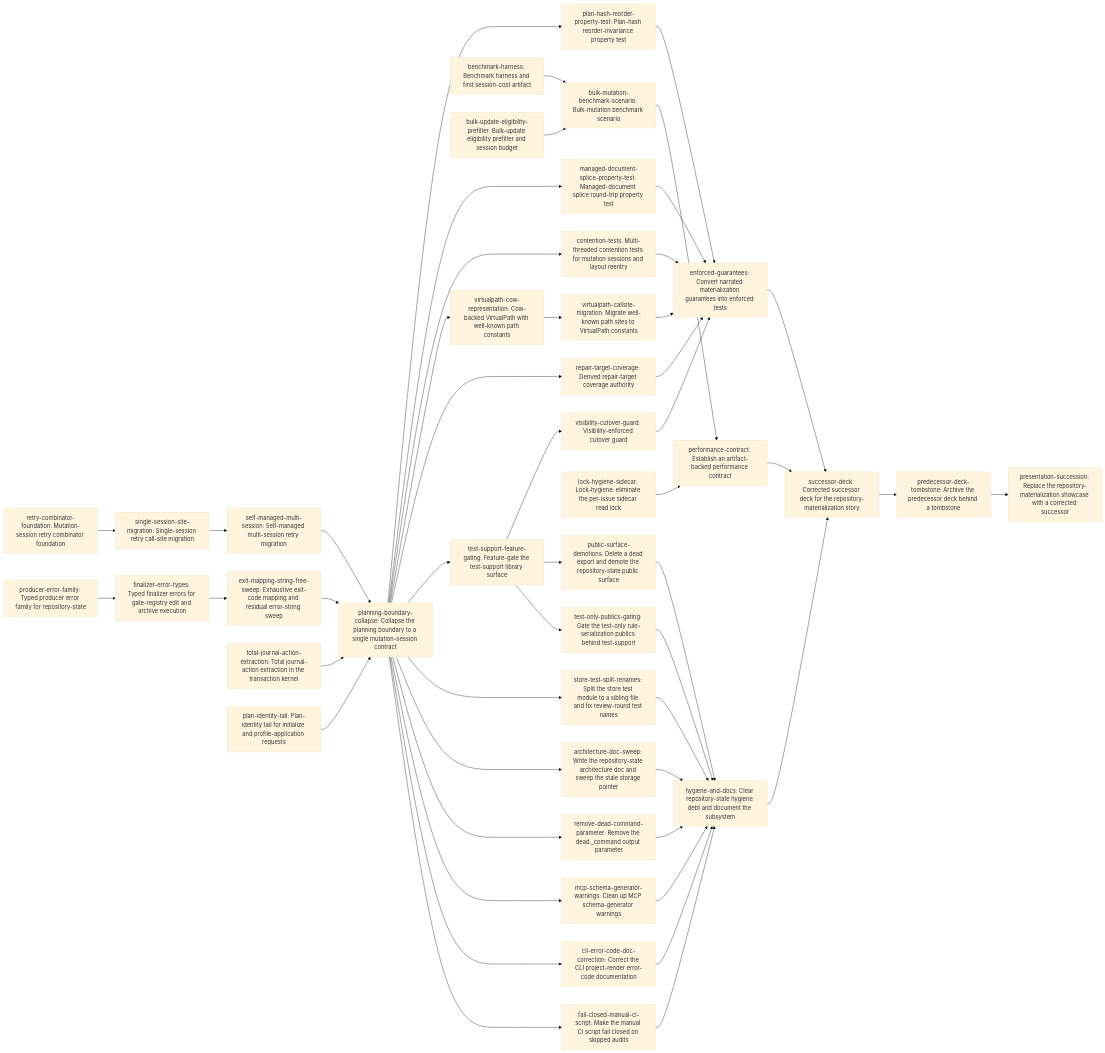
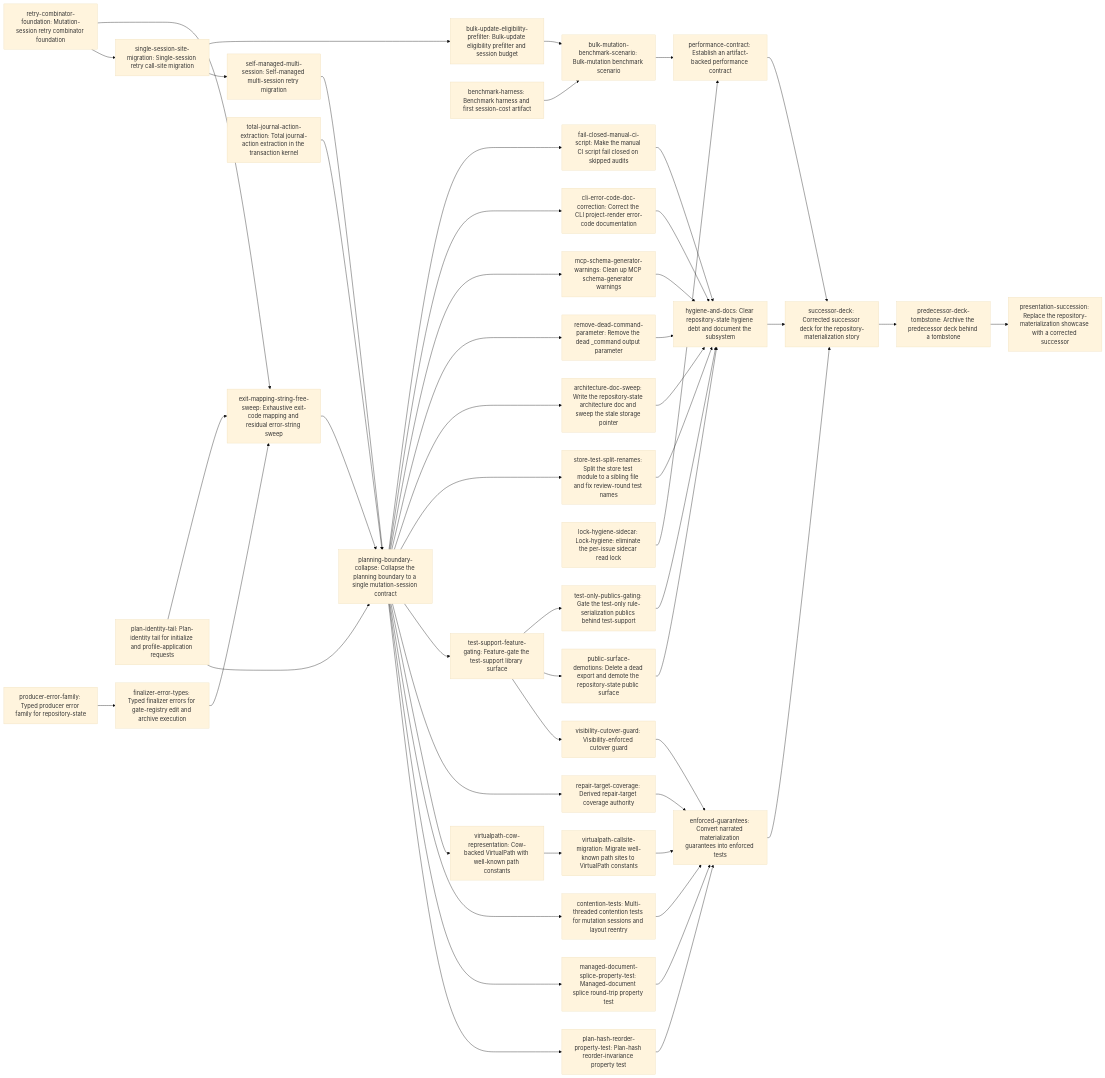
Before and after one commit to erankavija/just-in-time: the second of 2 diagrams in dev/active/1cc809de-plan.md, drawn with Mermaid (base theme). The commit also changed other lines of this file and 10 other files, not shown here.

```diff
--- a/dev/active/1cc809de-plan.md
+++ b/dev/active/1cc809de-plan.md
@@ -287,6 +287,8 @@
     N6 --> N7
     N8 --> N9
     N9 --> N10
+    N5 --> N10
+    N12 --> N10
     N0 --> N13
     N0 --> N14
     N24 --> N15
@@ -294,6 +296,7 @@
     N0 --> N17
     N17 --> N18
     N0 --> N19
+    N6 --> N21
     N20 --> N22
     N21 --> N22
     N0 --> N24
```
